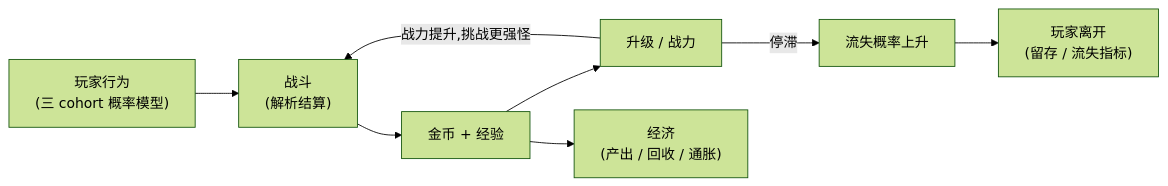
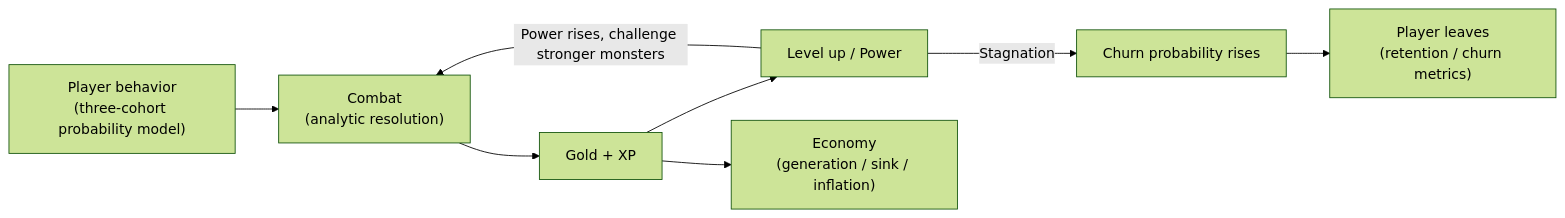
The diagram in docs/guide/16-mvp.md (cuihairu/sandtable), drawn with Mermaid (forest theme) before and after one commit. The commit also changed other lines of this file and 95 other files, not shown here.

````diff
--- a/docs/guide/16-mvp.md
+++ b/docs/guide/16-mvp.md
@@ -13,10 +13,10 @@
 ```mermaid
 flowchart LR
-    A["玩家行为<br>(三 cohort 概率模型)"] --> B["战斗<br>(解析结算)"]
-    B --> C["金币 + 经验"]
-    C --> D["升级 / 战力"]
-    D -->|"战力提升,挑战更强怪"| B
-    D -->|"停滞"| E["流失概率上升"]
-    E --> F["玩家离开<br>(留存 / 流失指标)"]
-    C --> G["经济<br>(产出 / 回收 / 通胀)"]
+    A["Player behavior<br>(three-cohort probability model)"] --> B["Combat<br>(analytic resolution)"]
+    B --> C["Gold + XP"]
+    C --> D["Level up / Power"]
+    D -->|"Power rises, challenge stronger monsters"| B
+    D -->|"Stagnation"| E["Churn probability rises"]
+    E --> F["Player leaves<br>(retention / churn metrics)"]
+    C --> G["Economy<br>(generation / sink / inflation)"]
 ```
````
